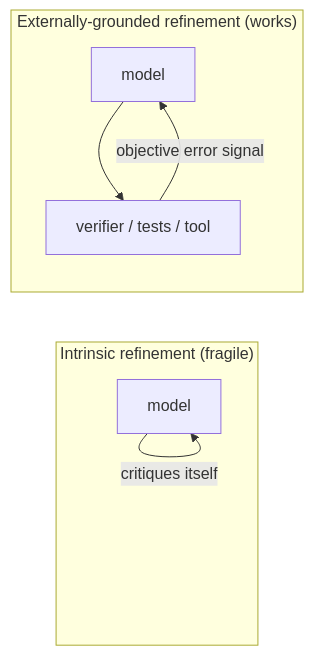
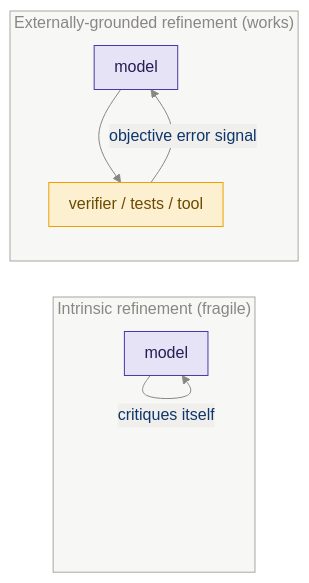
One commit to sudhanshu-shivam-dev/reasoning_model_from_scratch changed the third of 4 diagrams in study_guide/ch05_self_refinement.md. Above: the diagram before and after it, drawn with Mermaid. The commit also changed other lines of this file and 14 other files, not shown here.

First line of the commit message:
Restyle all 54 diagrams: consistent palette, semantic colors, better spacing

````diff
--- a/study_guide/ch05_self_refinement.md
+++ b/study_guide/ch05_self_refinement.md
@@ -92,10 +102,15 @@
 ```mermaid
+%%{init: {"theme":"base","themeVariables":{"primaryColor":"#e0edfb","primaryTextColor":"#0d366b","primaryBorderColor":"#2a78d6","lineColor":"#898781","textColor":"#52514e","edgeLabelBackground":"#f0efec","clusterBkg":"rgba(137,135,129,0.07)","clusterBorder":"#a9a7a0","titleColor":"#898781"},"flowchart":{"nodeSpacing":36,"rankSpacing":44,"curve":"basis","padding":10}}}%%
 flowchart LR
     subgraph WEAK["Intrinsic refinement (fragile)"]
         M1["model"] -->|critiques itself| M1
     end
     subgraph STRONG["Externally-grounded refinement (works)"]
         M2["model"] --> T["verifier / tests / tool"]
         T -->|"objective error signal"| M2
     end
+    classDef model fill:#e6e3f7,stroke:#4a3aa7,color:#251d54
+    classDef dec fill:#fdf0d1,stroke:#eda100,color:#6b4a00
+    class M1,M2 model
+    class T dec
 ```
````
